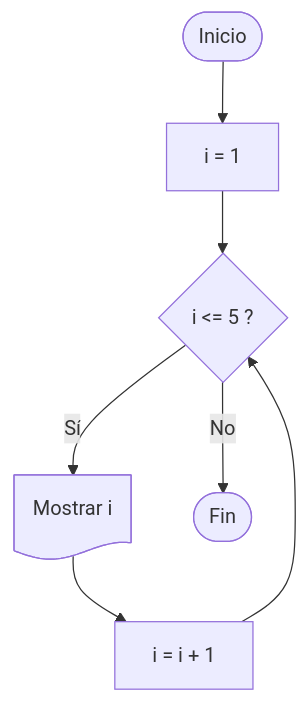
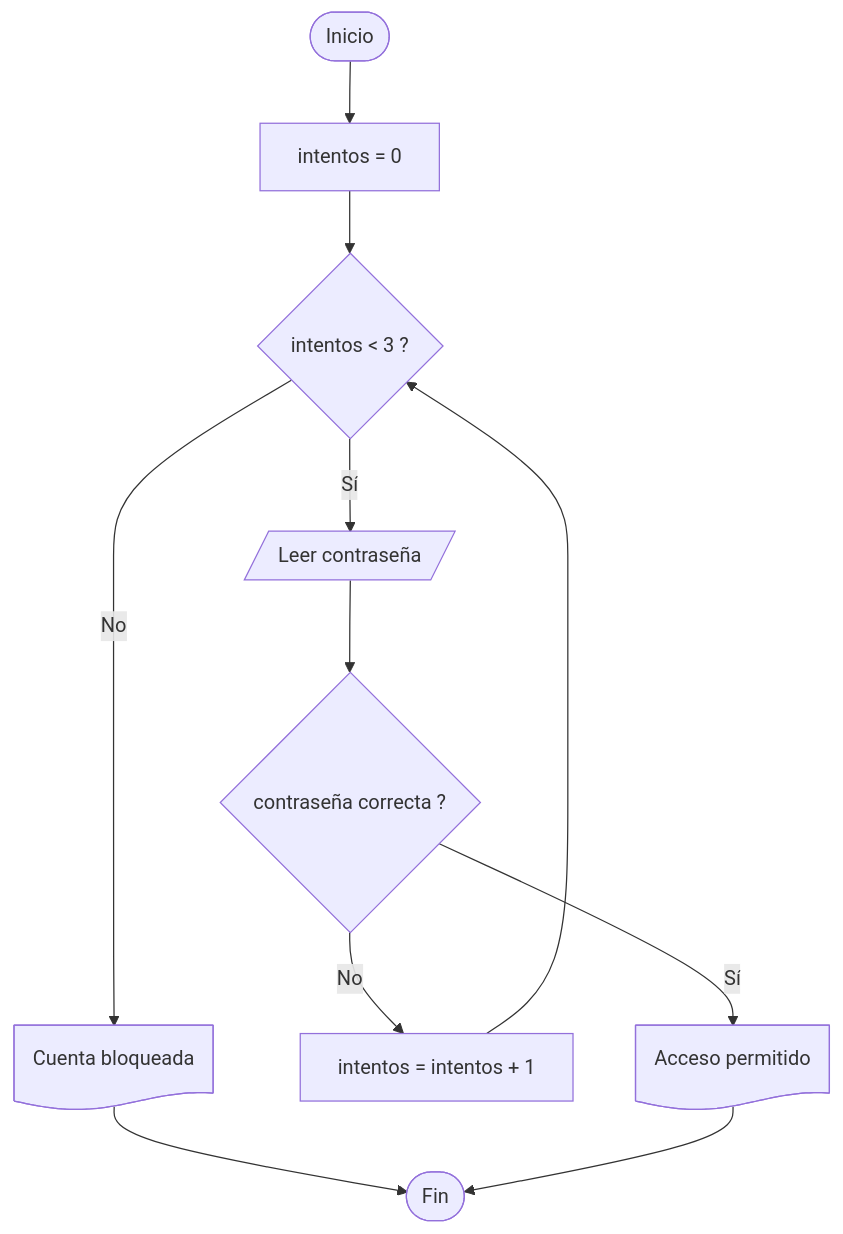
Before and after one commit to Abel-DB/Algoritmos-programacion: diagram 13 of 15 in Tema04_Control/1-instrucciones_control.md, drawn with Mermaid. The commit also changed other lines of this file, not shown here.

````diff
--- a/Tema04_Control/1-instrucciones_control.md
+++ b/Tema04_Control/1-instrucciones_control.md
@@ -255,17 +300,29 @@
 ```mermaid
 flowchart TD
 
 A([Inicio])
-B@{ shape: rect, label: "i = 1" }
 
-C@{ shape: diamond, label: "i <= 5 ?" }
+B@{ shape: rect, label: "intentos = 0" }
 
-D@{ shape: doc, label: "Mostrar i" }
-E@{ shape: rect, label: "i = i + 1" }
+C@{ shape: diamond, label: "intentos < 3 ?" }
 
-F([Fin])
+D@{ shape: lean-r, label: "Leer contraseña" }
+
+E@{ shape: diamond, label: "contraseña correcta ?" }
+
+F@{ shape: doc, label: "Acceso permitido" }
+
+G@{ shape: rect, label: "intentos = intentos + 1" }
+
+H@{ shape: doc, label: "Cuenta bloqueada" }
+
+I([Fin])
 
 A --> B --> C
-C -->|Sí| D --> E --> C
-C -->|No| F
+
+C -->|Sí| D --> E
+C -->|No| H --> I
+
+E -->|Sí| F --> I
+E -->|No| G --> C
 ```
````
